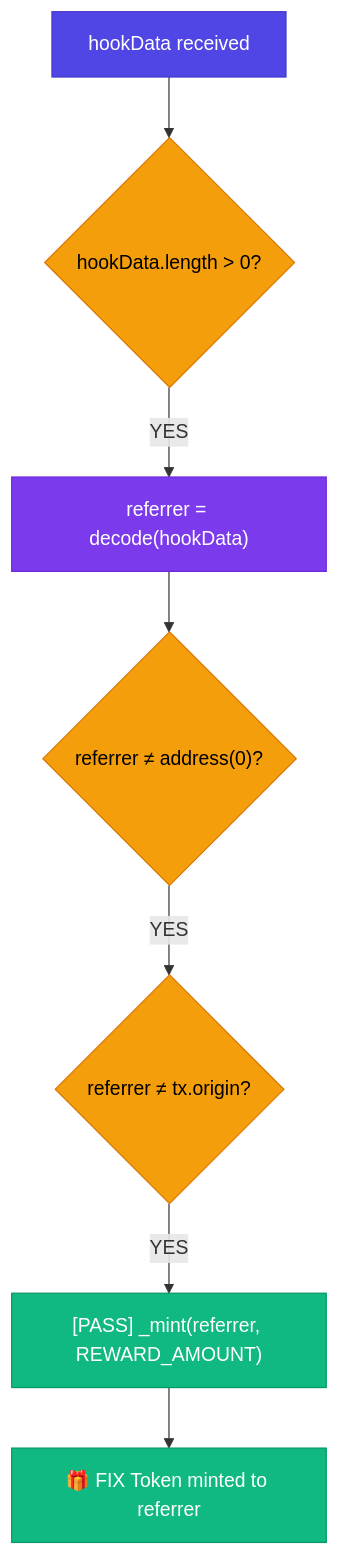
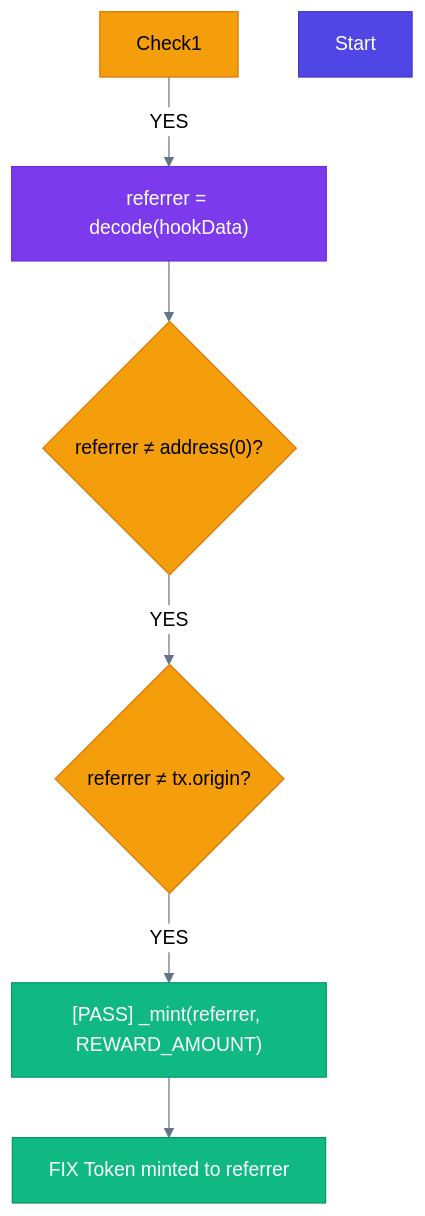
The fourth of 12 diagrams in docs/SYSTEM_DESIGN.md (guglxni/the-fixer-hook), drawn with Mermaid before and after one commit. The commit also changed other lines of this file and 514 other files, not shown here.

Commit message:
Clean docs: remove emojis, add professional mermaid styling

````diff
--- a/docs/SYSTEM_DESIGN.md
+++ b/docs/SYSTEM_DESIGN.md
@@ -287,17 +283,16 @@
 ```mermaid
+%%{init: {'theme': 'neutral', 'themeVariables': { 'primaryColor': '#2563eb', 'primaryTextColor': '#1e293b', 'primaryBorderColor': '#3b82f6', 'lineColor': '#64748b', 'secondaryColor': '#f1f5f9', 'tertiaryColor': '#e2e8f0'}}}%%
 flowchart TD
-    Start["hookData received"] --> Check1{"hookData.length > 0?"}
     Check1 -- "YES" --> Decode["referrer = decode(hookData)"]
     Decode --> Check2{"referrer ≠ address(0)?"}
     Check2 -- "YES" --> Check3{"referrer ≠ tx.origin?"}
     Check3 -- "YES" --> Mint["[PASS] _mint(referrer, REWARD_AMOUNT)"]
-    Mint --> Result["🎁 FIX Token minted to referrer"]
-
+    Mint --> Result[" FIX Token minted to referrer"]
     style Start fill:#4F46E5,color:#fff,stroke:#4338CA
     style Check1 fill:#F59E0B,color:#000,stroke:#D97706
     style Decode fill:#7C3AED,color:#fff,stroke:#6D28D9
     style Check2 fill:#F59E0B,color:#000,stroke:#D97706
     style Check3 fill:#F59E0B,color:#000,stroke:#D97706
     style Mint fill:#10B981,color:#fff,stroke:#059669
     style Result fill:#10B981,color:#fff,stroke:#059669
 ```
````
